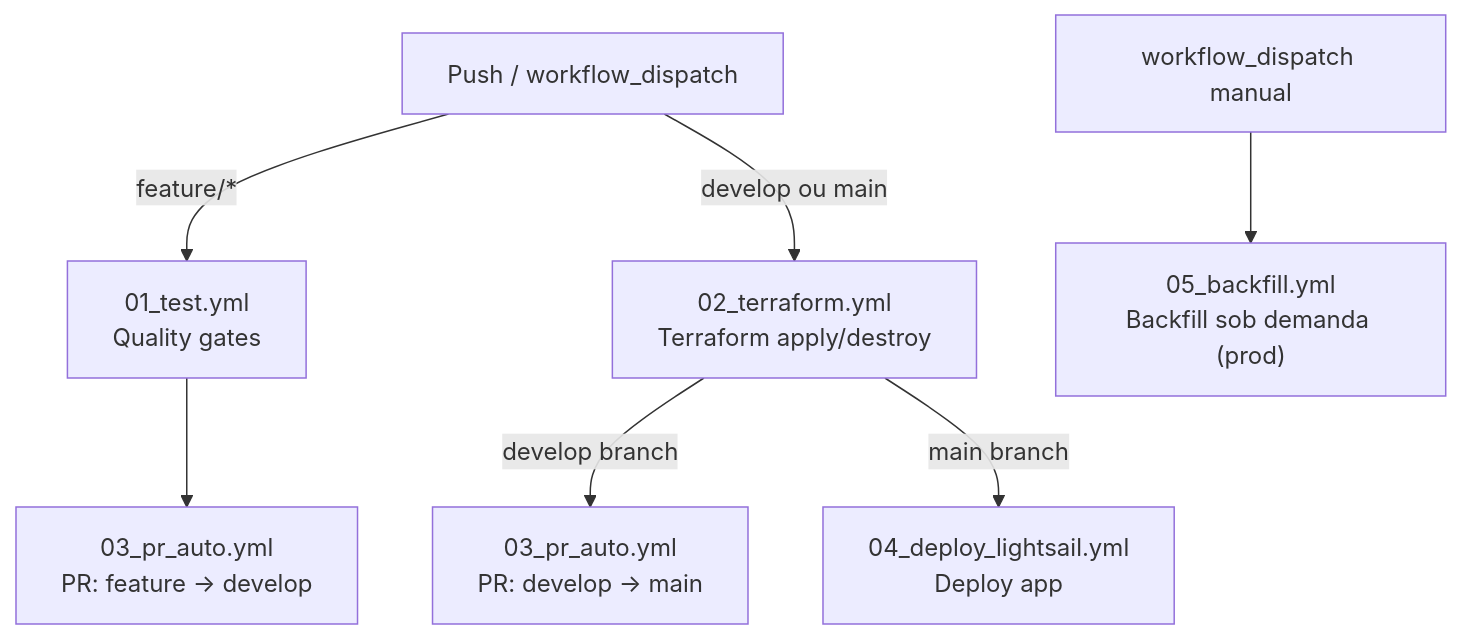
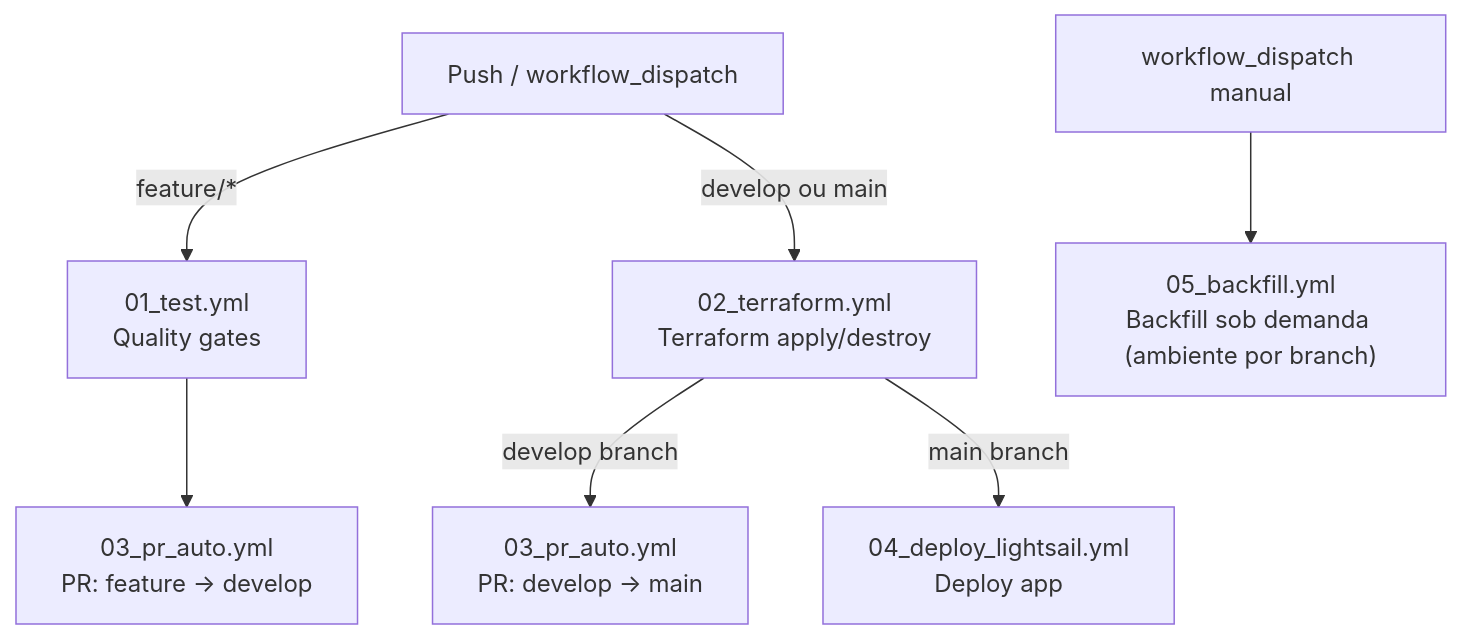
The diagram in .github/workflow.md (lucas-soares-galvao/movie-data-pipeline-aws), drawn with Mermaid before and after one commit. The commit also changed other lines of this file and 15 other files, not shown here.

````diff
--- a/.github/workflow.md
+++ b/.github/workflow.md
@@ -18,13 +18,13 @@
 ```mermaid
 flowchart TD
     PUSH["Push / workflow_dispatch"]
 
     PUSH -->|feature/*| TEST["01_test.yml\nQuality gates"]
     PUSH -->|develop ou main| TF["02_terraform.yml\nTerraform apply/destroy"]
 
     TEST --> PR_FEAT["03_pr_auto.yml\nPR: feature → develop"]
     TF -->|develop branch| PR_ENV["03_pr_auto.yml\nPR: develop → main"]
     TF -->|main branch| DEPLOY["04_deploy_lightsail.yml\nDeploy app"]
 
-    MANUAL["workflow_dispatch manual"] --> BACKFILL["05_backfill.yml\nBackfill sob demanda (prod)"]
+    MANUAL["workflow_dispatch manual"] --> BACKFILL["05_backfill.yml\nBackfill sob demanda (ambiente por branch)"]
 ```
````
